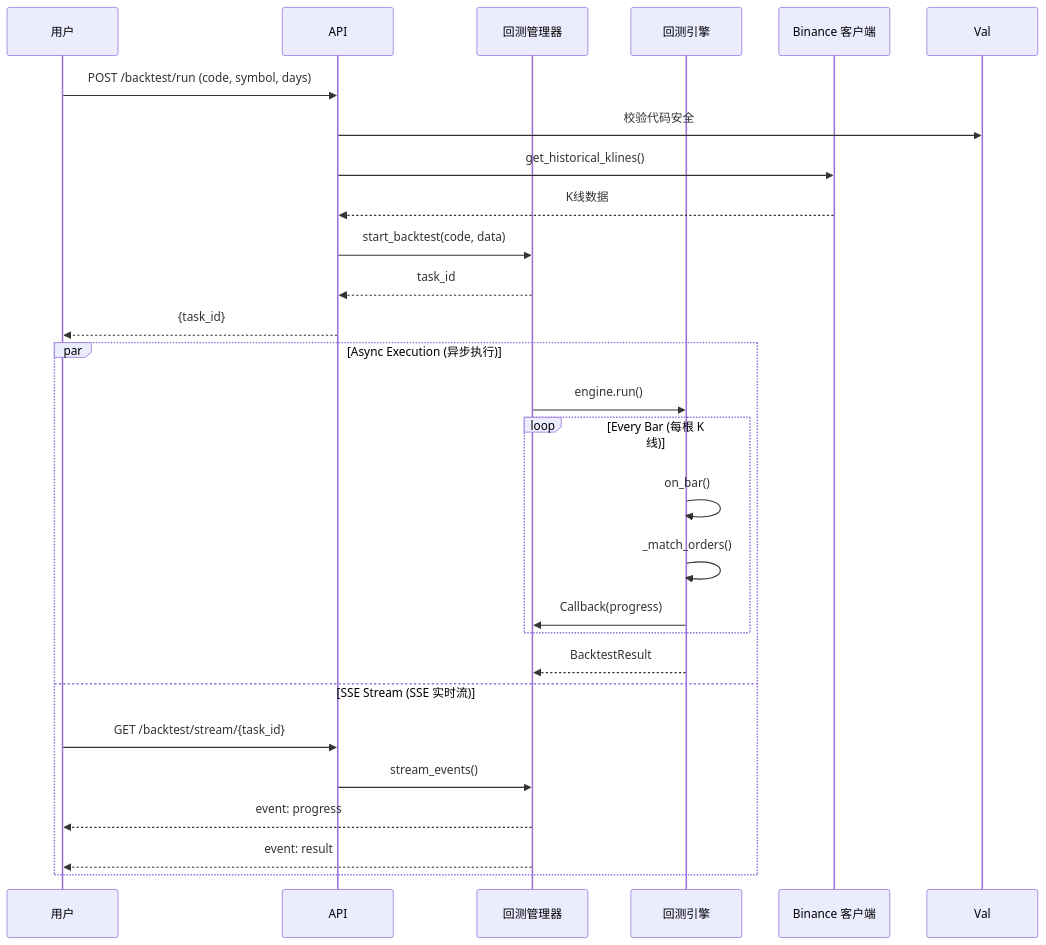
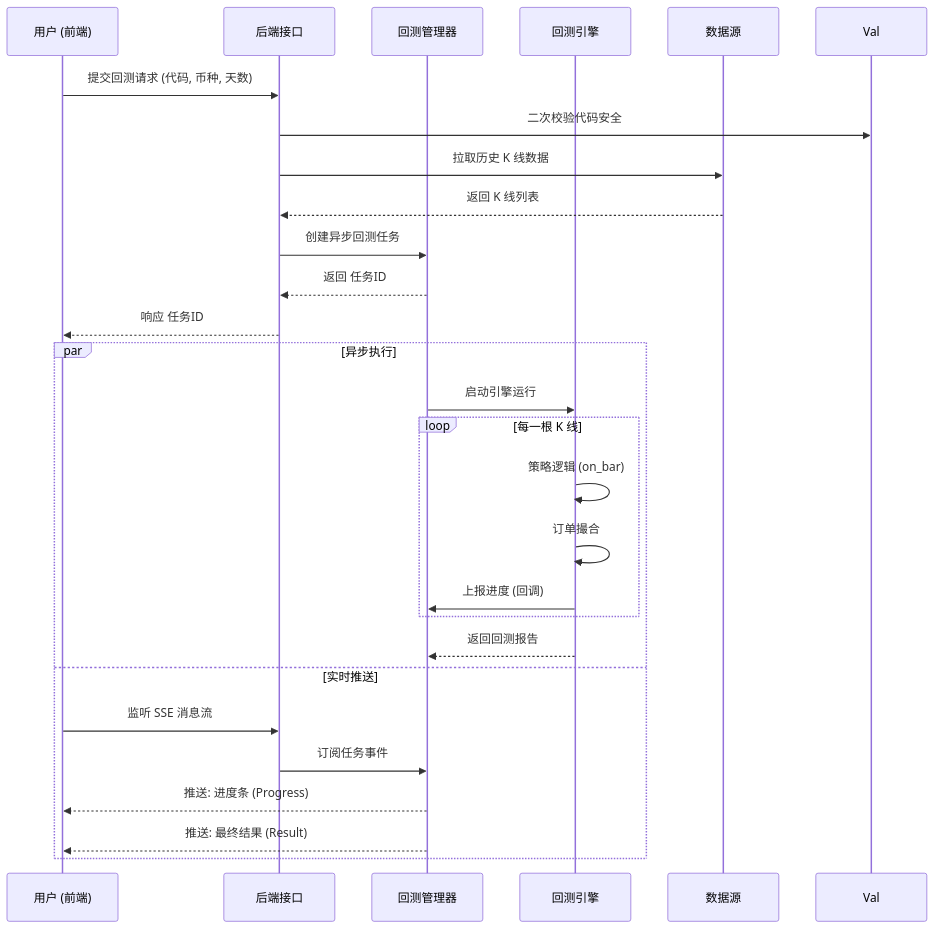
One commit to ivecoGolden/PyQuantAlpha changed the third of 3 diagrams in docs/ARCHITECTURE_DIAGRAM.md. Above: the diagram before and after it, drawn with Mermaid. The commit also changed other lines of this file, not shown here.

Commit message:
docs: Update architecture diagram.

````diff
--- a/docs/ARCHITECTURE_DIAGRAM.md
+++ b/docs/ARCHITECTURE_DIAGRAM.md
@@ -108,31 +108,31 @@
 ```mermaid
 sequenceDiagram
-    participant User as 用户
-    participant API as API
+    participant User as 用户 (前端)
+    participant API as 后端接口
     participant Mgr as 回测管理器
     participant Eng as 回测引擎
-    participant Bin as Binance 客户端
+    participant Bin as 数据源
 
-    User->>API: POST /backtest/run (code, symbol, days)
-    API->>Val: 校验代码安全
-    API->>Bin: get_historical_klines()
-    Bin-->>API: K线数据
-    API->>Mgr: start_backtest(code, data)
-    Mgr-->>API: task_id
-    API-->>User: {task_id}
+    User->>API: 提交回测请求 (代码, 币种, 天数)
+    API->>Val: 二次校验代码安全
+    API->>Bin: 拉取历史 K 线数据
+    Bin-->>API: 返回 K 线列表
+    API->>Mgr: 创建异步回测任务
+    Mgr-->>API: 返回 任务ID
+    API-->>User: 响应 任务ID
 
-    par Async Execution (异步执行)
-        Mgr->>Eng: engine.run()
-        loop Every Bar (每根 K 线)
-            Eng->>Eng: on_bar()
-            Eng->>Eng: _match_orders()
-            Eng->>Mgr: Callback(progress)
+    par 异步执行
+        Mgr->>Eng: 启动引擎运行
+        loop 每一根 K 线
+            Eng->>Eng: 策略逻辑 (on_bar)
+            Eng->>Eng: 订单撮合
+            Eng->>Mgr: 上报进度 (回调)
         end
-        Eng-->>Mgr: BacktestResult
-    and SSE Stream (SSE 实时流)
-        User->>API: GET /backtest/stream/{task_id}
-        API->>Mgr: stream_events()
-        Mgr-->>User: event: progress
-        Mgr-->>User: event: result
+        Eng-->>Mgr: 返回回测报告
+    and 实时推送
+        User->>API: 监听 SSE 消息流
+        API->>Mgr: 订阅任务事件
+        Mgr-->>User: 推送: 进度条 (Progress)
+        Mgr-->>User: 推送: 最终结果 (Result)
     end
 ```
````
